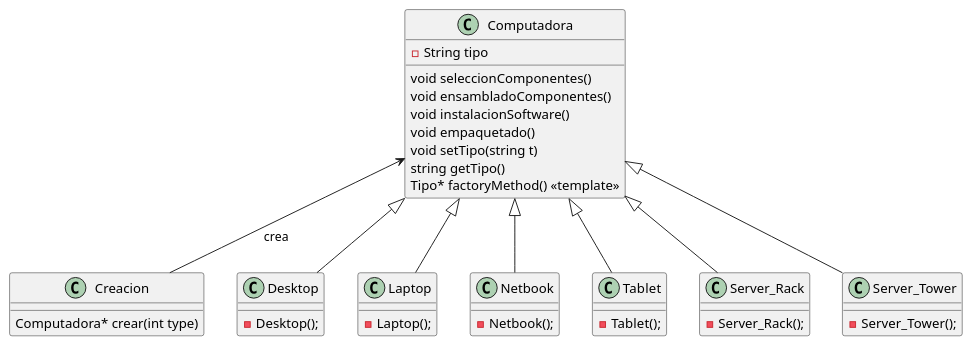
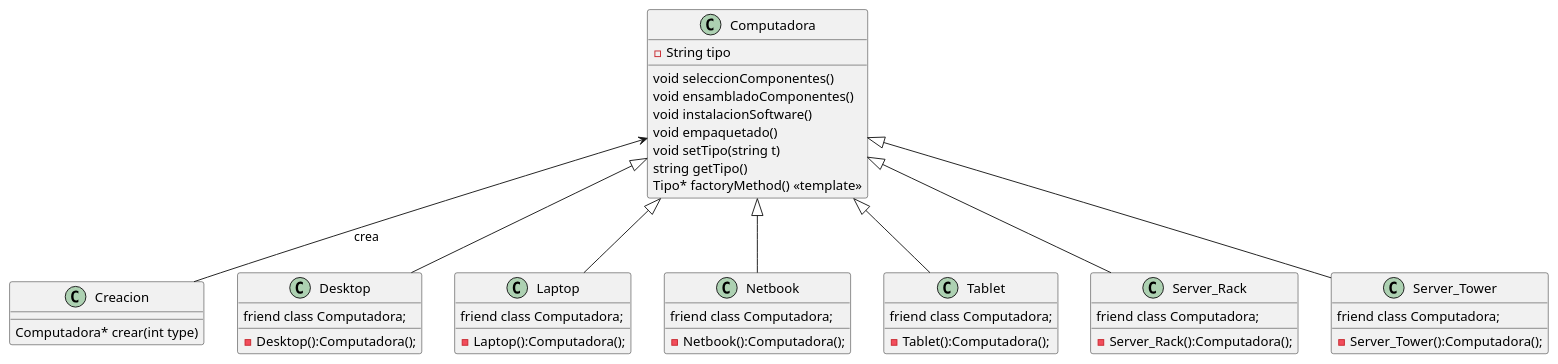
One commit to luisbarajasp/Analisis-y-Modelacion-de-Software changed the diagram in Evaluaciones/Primera/Compumarte.puml. Above: the diagram before and after it, drawn with PlantUML. The commit also changed 1 other file, not shown here.

Commit message:
Edit: Class Diagram

```diff
--- a/Evaluaciones/Primera/Compumarte.puml
+++ b/Evaluaciones/Primera/Compumarte.puml
@@ -1,45 +1,51 @@
 @startuml
 
   Class Computadora{
     - String tipo
 
     void seleccionComponentes()
     void ensambladoComponentes()
     void instalacionSoftware()
     void empaquetado()
     void setTipo(string t)
     string getTipo()
     Tipo* factoryMethod() <<template>>
 
   }
   Class Creacion{
     Computadora* crear(int type)
   }
   Class Desktop{
-    - Desktop();
+    friend class Computadora;
+    - Desktop():Computadora();
   }
   Class Laptop{
-    - Laptop();
+    friend class Computadora;
+    - Laptop():Computadora();
   }
   Class Netbook{
-    - Netbook();
+    friend class Computadora;
+    - Netbook():Computadora();
   }
   Class Tablet{
-    - Tablet();
+    friend class Computadora;
+    - Tablet():Computadora();
   }
   Class Server_Rack{
-    - Server_Rack();
+    friend class Computadora;
+    - Server_Rack():Computadora();
   }
   Class Server_Tower{
-    - Server_Tower();
+    friend class Computadora;
+    - Server_Tower():Computadora();
   }
 
   Computadora <|-- Desktop
   Computadora <|-- Laptop
   Computadora <|-- Netbook
   Computadora <|-- Tablet
   Computadora <|-- Server_Rack
   Computadora <|-- Server_Tower
   Computadora <-- Creacion :crea
 
 @enduml
```
